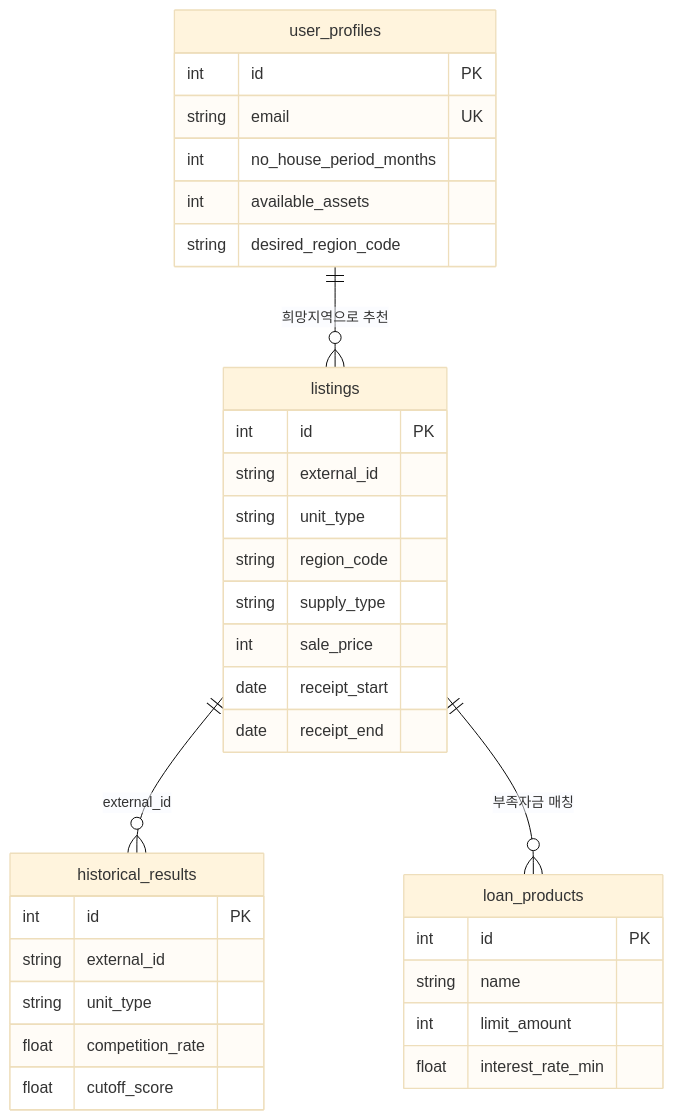
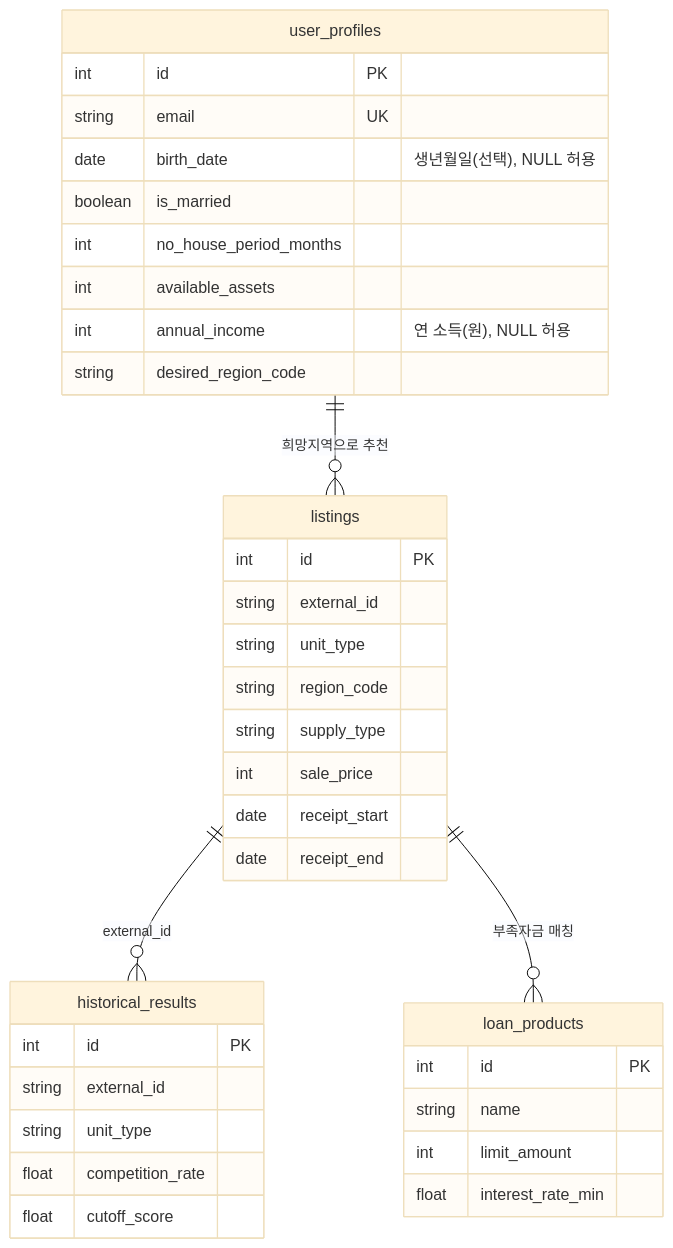
The diagram in docs/ERD.md (SKNETWORKS-FAMILY-AICAMP/SKN34-FINAL-5TEAM), drawn with Mermaid (base theme) before and after one commit. The commit also changed other lines of this file and 4 other files, not shown here.

Commit message:
[Docs] 요구사항·API 연동표·ERD·README 갱신, 챗 그래프 구조·질문 분류 결과서 추가

````diff
--- a/docs/ERD.md
+++ b/docs/ERD.md
@@ -5,36 +5,39 @@
 ```mermaid
 erDiagram
     user_profiles {
         int id PK
         string email UK
+        date birth_date "생년월일(선택), NULL 허용"
+        boolean is_married
         int no_house_period_months
         int available_assets
+        int annual_income "연 소득(원), NULL 허용"
         string desired_region_code
     }
     listings {
         int id PK
         string external_id
         string unit_type
         string region_code
         string supply_type
         int sale_price
         date receipt_start
         date receipt_end
     }
     historical_results {
         int id PK
         string external_id
         string unit_type
         float competition_rate
         float cutoff_score
     }
     loan_products {
         int id PK
         string name
         int limit_amount
         float interest_rate_min
     }
     user_profiles ||--o{ listings : "희망지역으로 추천"
     listings ||--o{ historical_results : "external_id"
     listings ||--o{ loan_products : "부족자금 매칭"
 ```
````
